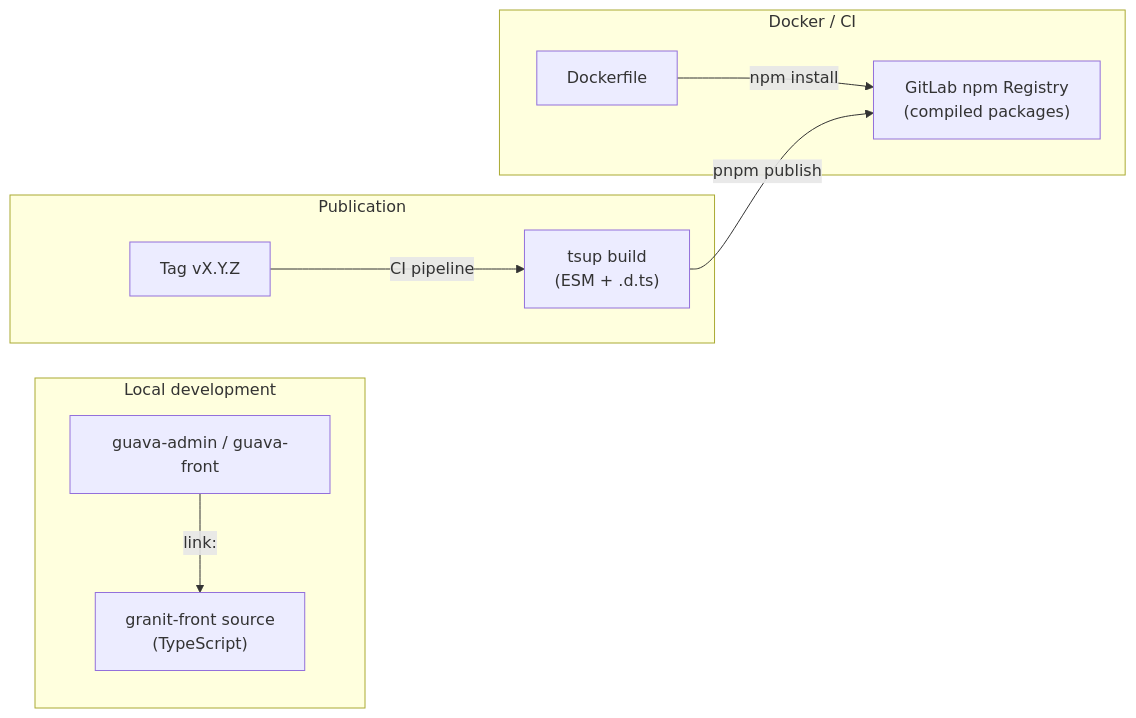
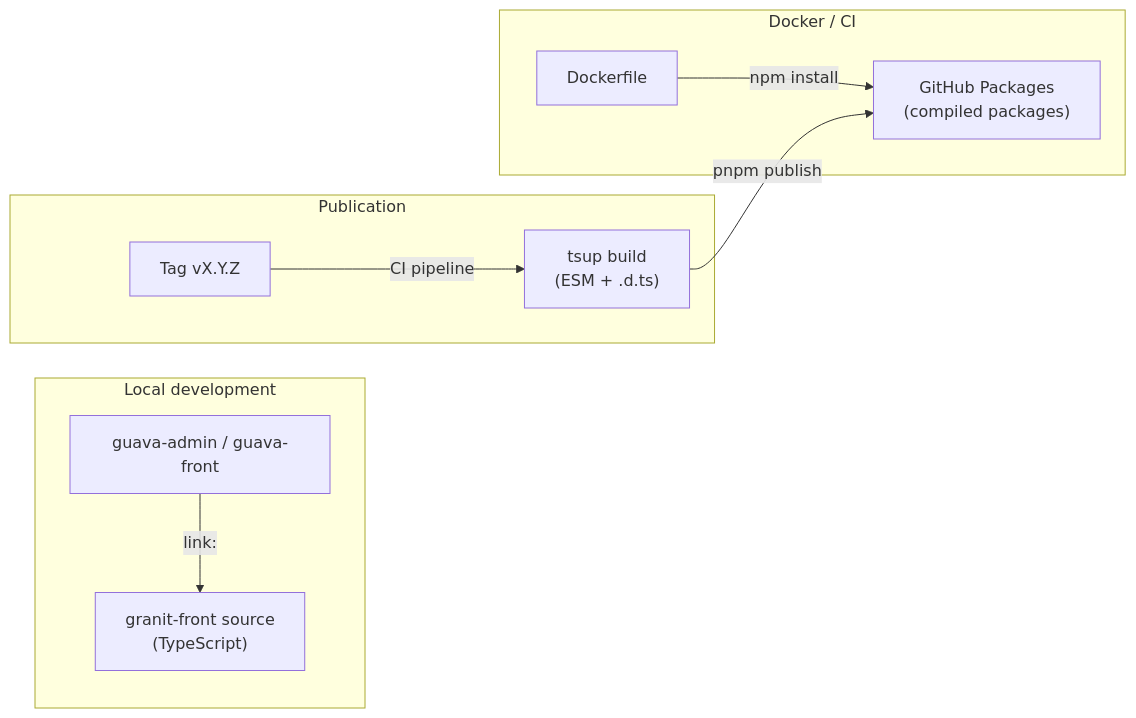
The diagram in docs-site/src/content/docs/operations/frontend-npm-registry.md (enraiz/granit-dotnet), drawn with Mermaid before and after one commit. The commit also changed other lines of this file and 38 other files, not shown here.

First line of the commit message:
chore: migrate from GitLab to GitHub as primary home

````diff
--- a/docs-site/src/content/docs/operations/frontend-npm-registry.md
+++ b/docs-site/src/content/docs/operations/frontend-npm-registry.md
@@ -14,17 +14,17 @@
 ```mermaid
 graph LR
     subgraph "Local development"
         DEV["guava-admin / guava-front"]
         DEV -->|"link:"| SRC["granit-front source<br/>(TypeScript)"]
     end
 
     subgraph "Docker / CI"
         CI[Dockerfile]
-        CI -->|"npm install"| REG["GitLab npm Registry<br/>(compiled packages)"]
+        CI -->|"npm install"| REG["GitHub Packages<br/>(compiled packages)"]
     end
 
     subgraph "Publication"
         TAG["Tag vX.Y.Z"] -->|CI pipeline| BUILD["tsup build<br/>(ESM + .d.ts)"]
         BUILD -->|"pnpm publish"| REG
     end
 ```
````
